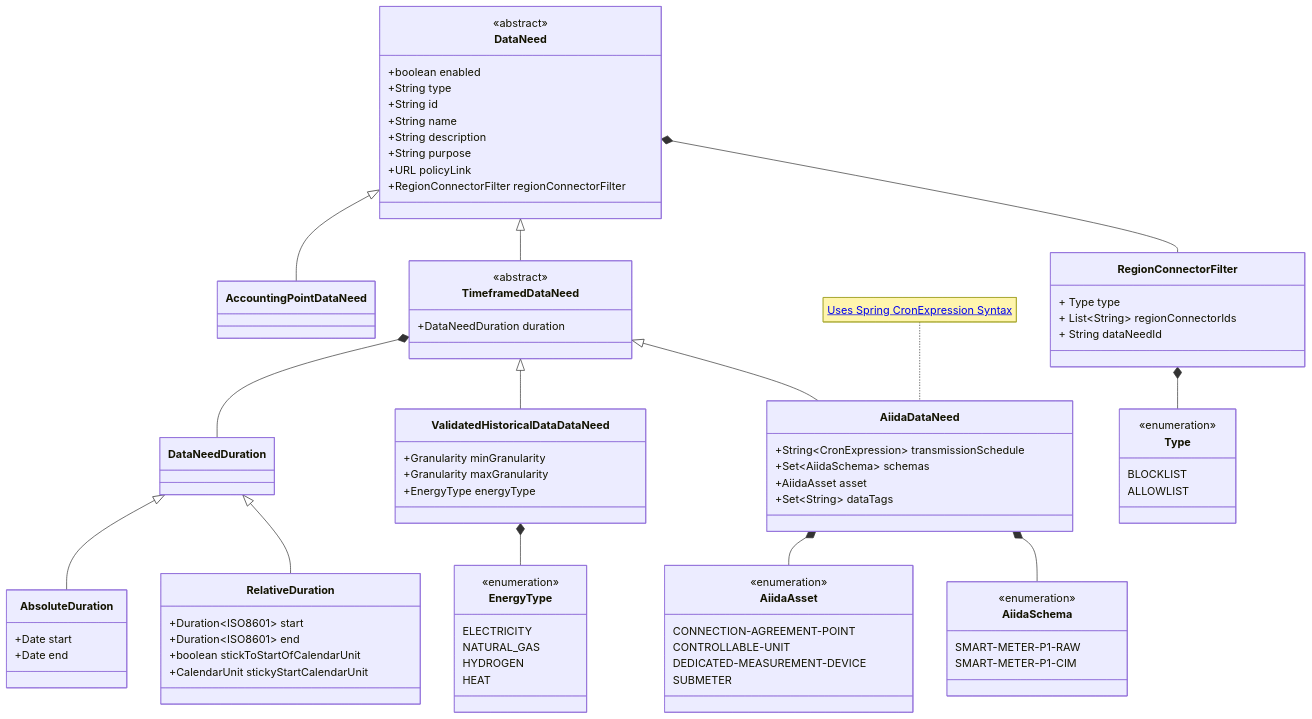
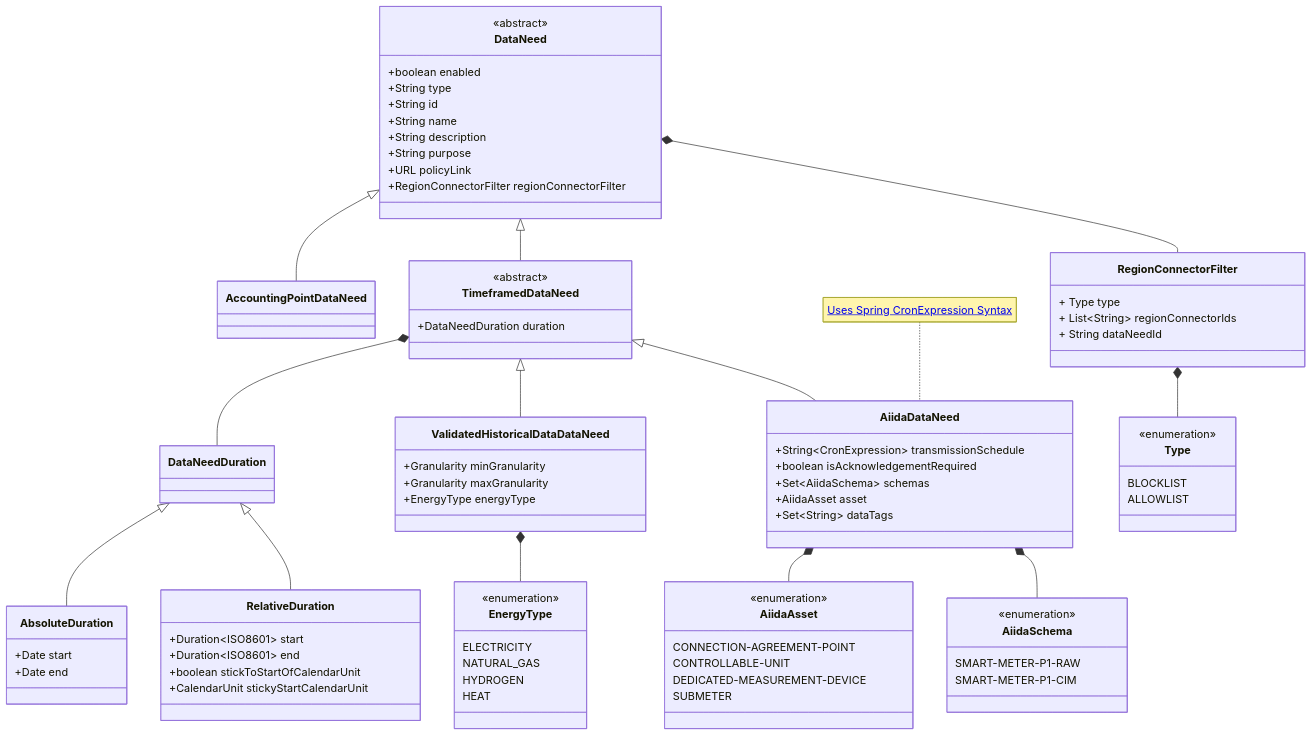
The diagram in data-needs/data-needs.mermaid (eddie-energy/eddie), drawn with Mermaid before and after one commit. The commit also changed 3 other files, not shown here.

```diff
--- a/data-needs/data-needs.mermaid
+++ b/data-needs/data-needs.mermaid
@@ -1,94 +1,95 @@
 %% SPDX-FileCopyrightText: 2025 The EDDIE Developers <eddie.developers@fh-hagenberg.at>
 %% SPDX-License-Identifier: Apache-2.0
 classDiagram
     class DataNeed {
         <<abstract>>
         +boolean enabled
         +String type
         +String id
         +String name
         +String description
         +String purpose
         +URL policyLink
         +RegionConnectorFilter regionConnectorFilter
     }
 
     class AccountingPointDataNeed
 
     class TimeframedDataNeed {
         <<abstract>>
         +DataNeedDuration duration
     }
 
     class ValidatedHistoricalDataDataNeed {
         +Granularity minGranularity
         +Granularity maxGranularity
         +EnergyType energyType
     }
 
     class AiidaDataNeed {
         +String~CronExpression~ transmissionSchedule
+        +boolean isAcknowledgementRequired
         +Set~AiidaSchema~ schemas
         +AiidaAsset asset
         +Set~String~ dataTags
     }
     note for AiidaDataNeed "<a href='https://docs.spring.io/spring-framework/docs/current/javadoc-api/org/springframework/scheduling/support/CronExpression.html'>Uses Spring CronExpression Syntax</a>"
 
     class EnergyType {
         <<enumeration>>
         ELECTRICITY
         NATURAL_GAS
         HYDROGEN
         HEAT
     }
 
     class AiidaSchema {
         <<enumeration>>
         SMART-METER-P1-RAW
         SMART-METER-P1-CIM
     }
 
     class AiidaAsset {
         <<enumeration>>
         CONNECTION-AGREEMENT-POINT
         CONTROLLABLE-UNIT
         DEDICATED-MEASUREMENT-DEVICE
         SUBMETER
     }
 
     class DataNeedDuration
 
     class RelativeDuration {
         +Duration~ISO8601~ start
         +Duration~ISO8601~ end
         +boolean stickToStartOfCalendarUnit
         +CalendarUnit stickyStartCalendarUnit
     }
 
     class AbsoluteDuration {
         +Date start
         +Date end
     }
     class RegionConnectorFilter {
         + Type type
         + List~String~ regionConnectorIds
         + String dataNeedId
     }
     class Type {
         <<enumeration>>
         BLOCKLIST
         ALLOWLIST
     }
 
     DataNeed <|-- AccountingPointDataNeed
     DataNeed <|-- TimeframedDataNeed
     TimeframedDataNeed *-- DataNeedDuration
     TimeframedDataNeed <|-- ValidatedHistoricalDataDataNeed
     ValidatedHistoricalDataDataNeed *-- EnergyType
     DataNeedDuration <|-- AbsoluteDuration
     DataNeedDuration <|-- RelativeDuration
     AiidaDataNeed *-- AiidaAsset
     AiidaDataNeed *-- AiidaSchema
     TimeframedDataNeed <|-- AiidaDataNeed
     DataNeed *-- RegionConnectorFilter
     RegionConnectorFilter *-- Type
```
